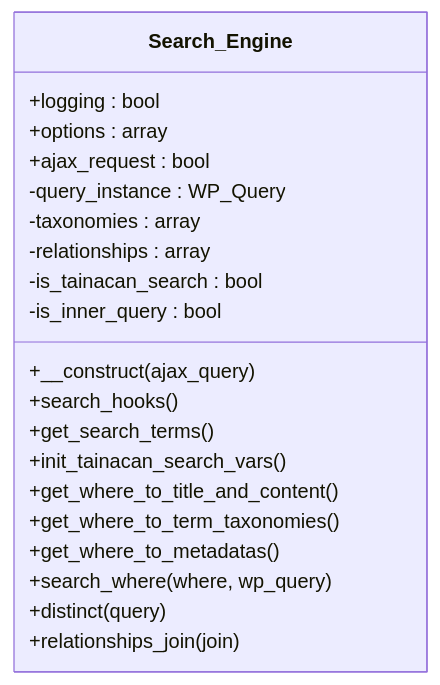
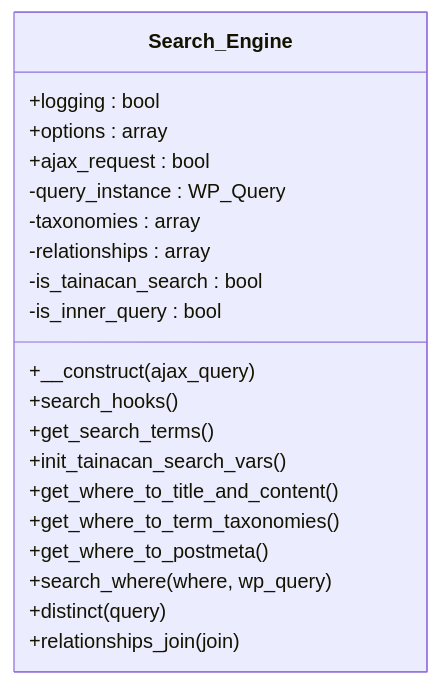
The diagram in docs/phpdoc/classes/Tainacan/Search_Engine.mmd (tainacan/tainacan), drawn with Mermaid before and after one commit. The commit also changed 79 other files, not shown here.

```diff
--- a/docs/phpdoc/classes/Tainacan/Search_Engine.mmd
+++ b/docs/phpdoc/classes/Tainacan/Search_Engine.mmd
@@ -1,22 +1,22 @@
 classDiagram
     direction TB
     class Search_Engine {
         +logging : bool
         +options : array
         +ajax_request : bool
         -query_instance : WP_Query
         -taxonomies : array
         -relationships : array
         -is_tainacan_search : bool
         -is_inner_query : bool
         +__construct(ajax_query)
         +search_hooks()
         +get_search_terms()
         +init_tainacan_search_vars()
         +get_where_to_title_and_content()
         +get_where_to_term_taxonomies()
-        +get_where_to_metadatas()
+        +get_where_to_postmeta()
         +search_where(where, wp_query)
         +distinct(query)
         +relationships_join(join)
     }
```
